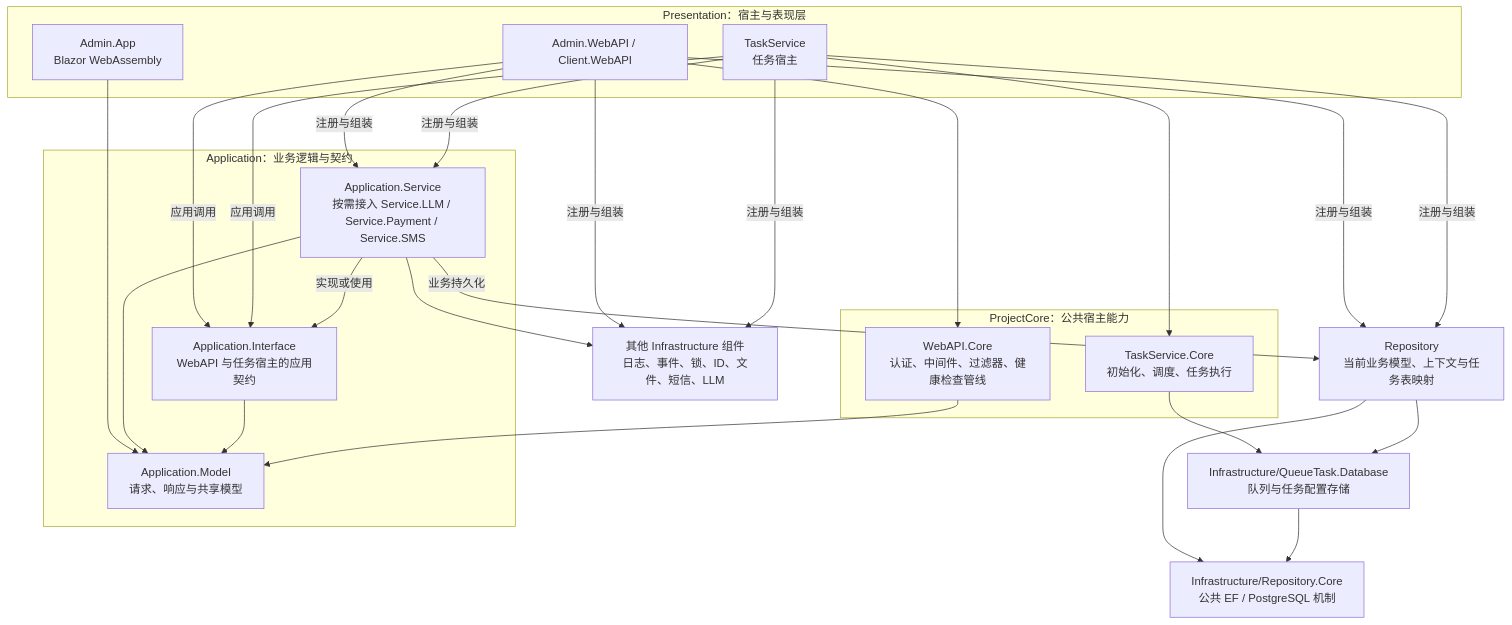
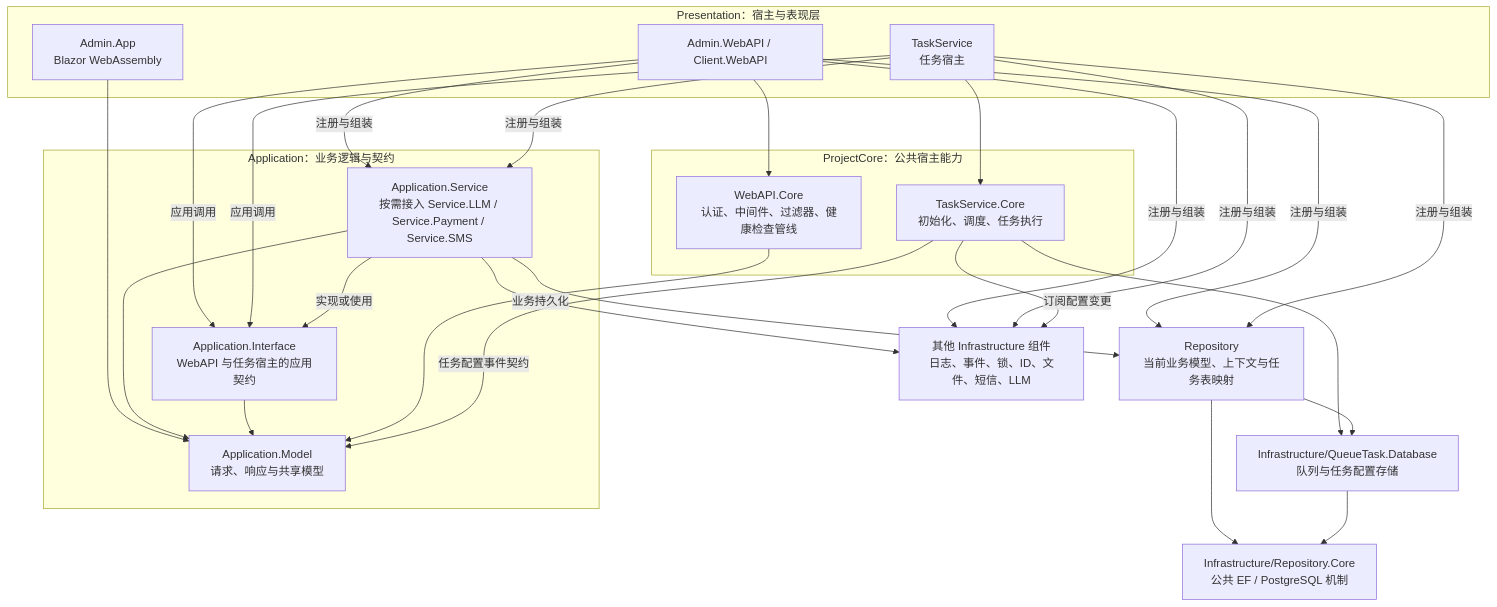
One commit to dashiell-zhang/NetEngine changed the first of 12 diagrams in Docs/ArchitectureDiagrams.md. Above: the diagram before and after it, drawn with Mermaid. The commit also changed other lines of this file and 8 other files, not shown here.

````diff
--- a/Docs/ArchitectureDiagrams.md
+++ b/Docs/ArchitectureDiagrams.md
@@ -11,46 +11,48 @@
 ```mermaid
 flowchart TB
     subgraph Presentation["Presentation：宿主与表现层"]
         AdminUI["Admin.App<br/>Blazor WebAssembly"]
         APIs["Admin.WebAPI / Client.WebAPI"]
         WorkerHost["TaskService<br/>任务宿主"]
     end
 
     subgraph ProjectCore["ProjectCore：公共宿主能力"]
         WebCore["WebAPI.Core<br/>认证、中间件、过滤器、健康检查管线"]
         TaskCore["TaskService.Core<br/>初始化、调度、任务执行"]
     end
 
     subgraph Application["Application：业务逻辑与契约"]
         AppServices["Application.Service<br/>按需接入 Service.LLM / Service.Payment / Service.SMS"]
         Models["Application.Model<br/>请求、响应与共享模型"]
         Contracts["Application.Interface<br/>WebAPI 与任务宿主的应用契约"]
     end
 
     Repo["Repository<br/>当前业务模型、上下文与任务表映射"]
     Queue["Infrastructure/QueueTask.Database<br/>队列与任务配置存储"]
     DbCore["Infrastructure/Repository.Core<br/>公共 EF / PostgreSQL 机制"]
     Infra["其他 Infrastructure 组件<br/>日志、事件、锁、ID、文件、短信、LLM"]
 
     AdminUI --> Models
     APIs --> WebCore
     APIs -->|应用调用| Contracts
     APIs -->|注册与组装| AppServices
     WorkerHost --> TaskCore
     WorkerHost -->|应用调用| Contracts
     WorkerHost -->|注册与组装| AppServices
     APIs -->|注册与组装| Repo
     APIs -->|注册与组装| Infra
     WorkerHost -->|注册与组装| Repo
     WorkerHost -->|注册与组装| Infra
     AppServices -->|业务持久化| Repo
     AppServices --> Models
     AppServices -->|实现或使用| Contracts
     Contracts --> Models
     AppServices --> Infra
     WebCore --> Models
     TaskCore --> Queue
+    TaskCore -->|任务配置事件契约| Models
+    TaskCore -->|订阅配置变更| Infra
     Repo --> Queue
     Repo --> DbCore
     Queue --> DbCore
 ```
````
